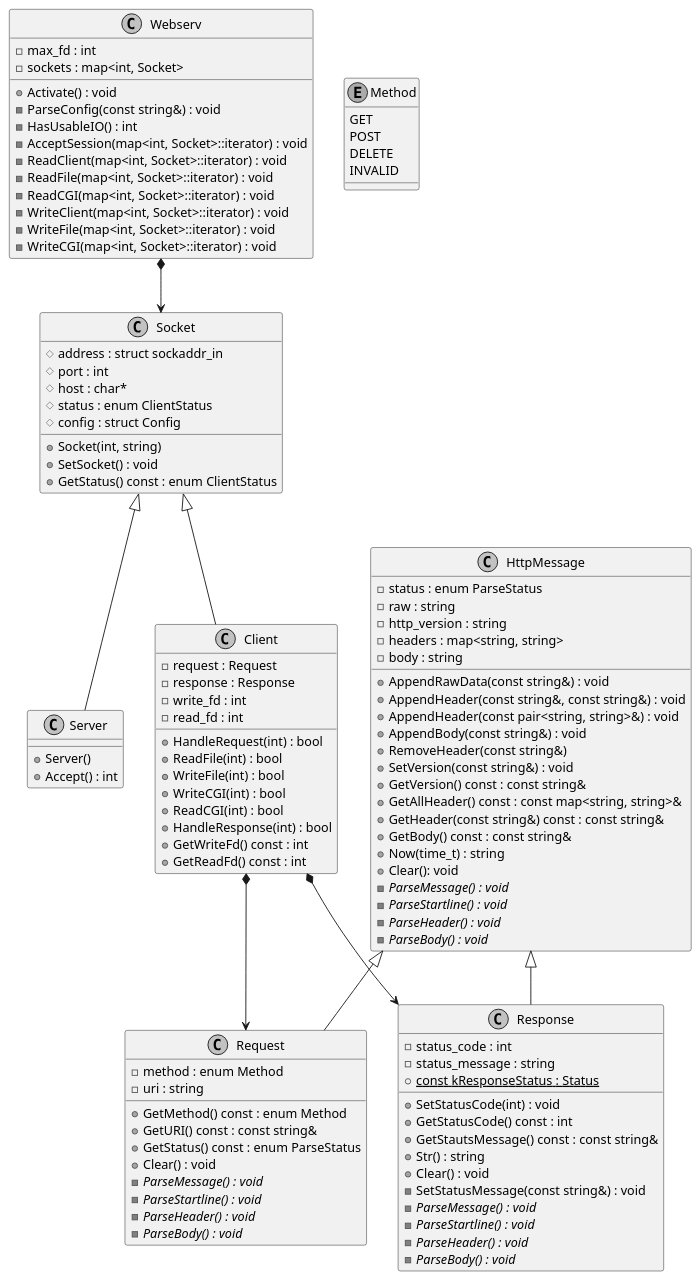
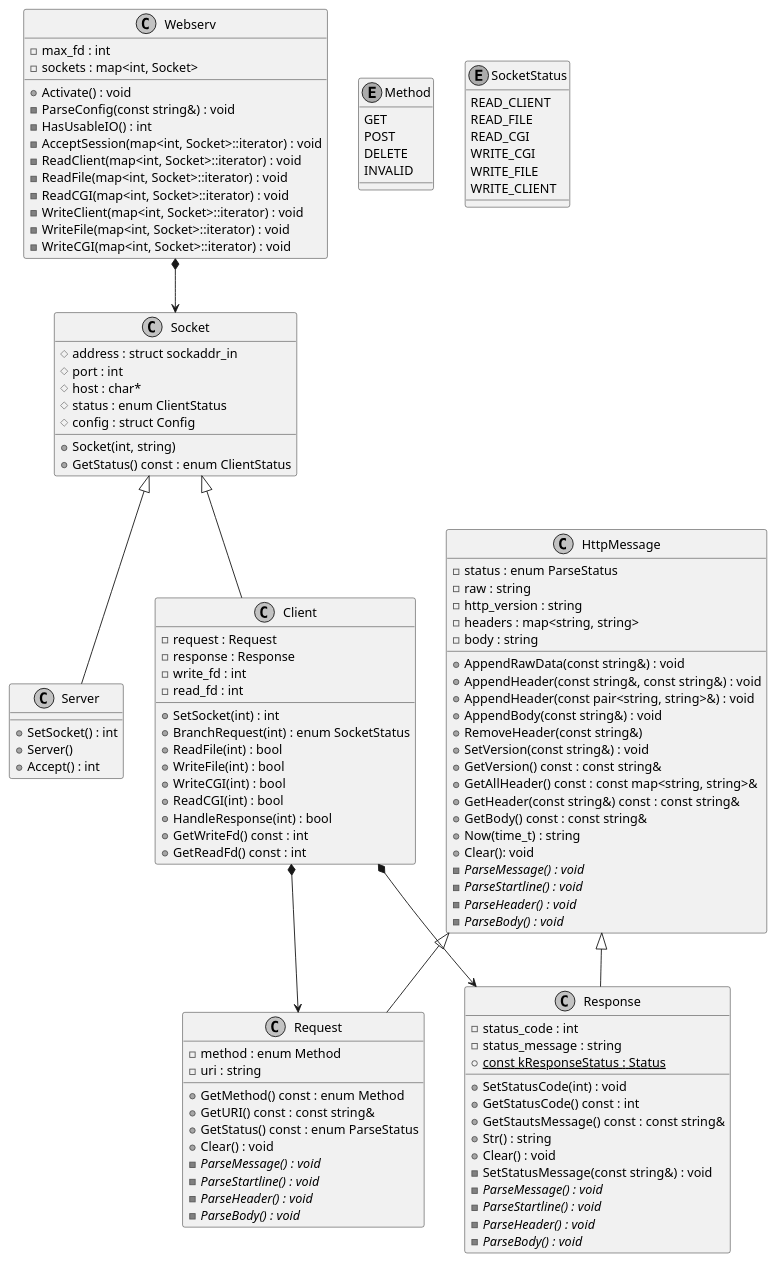
Before and after one commit to tkomatsu/webserv: the diagram in docs/webserv.pu, drawn with PlantUML. The commit also changed 6 other files, not shown here.

Commit message:
refactor(Socket): make SetSocket() normal function

```diff
--- a/docs/webserv.pu
+++ b/docs/webserv.pu
@@ -1,120 +1,130 @@
 @startuml webserv
 
 skinparam monochrome true
 skinparam shadowing false
 
 class Webserv {
   - max_fd : int
   - sockets : map<int, Socket>
   + Activate() : void
   - ParseConfig(const string&) : void
   - HasUsableIO() : int
   - AcceptSession(map<int, Socket>::iterator) : void
   - ReadClient(map<int, Socket>::iterator) : void
   - ReadFile(map<int, Socket>::iterator) : void
   - ReadCGI(map<int, Socket>::iterator) : void
   - WriteClient(map<int, Socket>::iterator) : void
   - WriteFile(map<int, Socket>::iterator) : void
   - WriteCGI(map<int, Socket>::iterator) : void
 }
 
 class Socket {
   # address : struct sockaddr_in
   # port : int
   # host : char*
   # status : enum ClientStatus
   # config : struct Config
   + Socket(int, string)
-  + SetSocket() : void
   + GetStatus() const : enum ClientStatus
 }
 
 class Server {
+  + SetSocket() : int
   + Server()
   + Accept() : int
 }
 
 class Client {
   - request : Request
   - response : Response
   - write_fd : int
   - read_fd : int
-  + HandleRequest(int) : bool
+  + SetSocket(int) : int
+  + BranchRequest(int) : enum SocketStatus
   + ReadFile(int) : bool
   + WriteFile(int) : bool
   + WriteCGI(int) : bool
   + ReadCGI(int) : bool
   + HandleResponse(int) : bool
   + GetWriteFd() const : int
   + GetReadFd() const : int
 }
 
 class HttpMessage {
   - status : enum ParseStatus
   - raw : string
   - http_version : string
   - headers : map<string, string>
   - body : string
   + AppendRawData(const string&) : void
   + AppendHeader(const string&, const string&) : void
   + AppendHeader(const pair<string, string>&) : void
   + AppendBody(const string&) : void
   + RemoveHeader(const string&)
   + SetVersion(const string&) : void
   + GetVersion() const : const string&
   + GetAllHeader() const : const map<string, string>&
   + GetHeader(const string&) const : const string&
   + GetBody() const : const string&
   + Now(time_t) : string
   + Clear(): void
   - {abstract} ParseMessage() : void
   - {abstract} ParseStartline() : void
   - {abstract} ParseHeader() : void
   - {abstract} ParseBody() : void
 }
 
 class Request {
   - method : enum Method
   - uri : string
   + GetMethod() const : enum Method
   + GetURI() const : const string&
   + GetStatus() const : enum ParseStatus
   + Clear() : void
   - {abstract} ParseMessage() : void
   - {abstract} ParseStartline() : void
   - {abstract} ParseHeader() : void
   - {abstract} ParseBody() : void
 }
 
 class Response {
   - status_code : int
   - status_message : string
   + {static} const kResponseStatus : Status
   + SetStatusCode(int) : void
   + GetStatusCode() const : int
   + GetStautsMessage() const : const string&
   + Str() : string
   + Clear() : void
   - SetStatusMessage(const string&) : void
   - {abstract} ParseMessage() : void
   - {abstract} ParseStartline() : void
   - {abstract} ParseHeader() : void
   - {abstract} ParseBody() : void
 }
 
 enum Method {
   GET
   POST
   DELETE
   INVALID
 }
 
+enum SocketStatus {
+  READ_CLIENT
+  READ_FILE
+  READ_CGI
+  WRITE_CGI
+  WRITE_FILE
+  WRITE_CLIENT
+}
+
 Webserv *--> Socket
 Socket <|-- Client
 Socket <|-- Server
 Client *--> Request
 Client *--> Response
 HttpMessage <|-- Request
 HttpMessage <|-- Response
 
 @enduml
```
